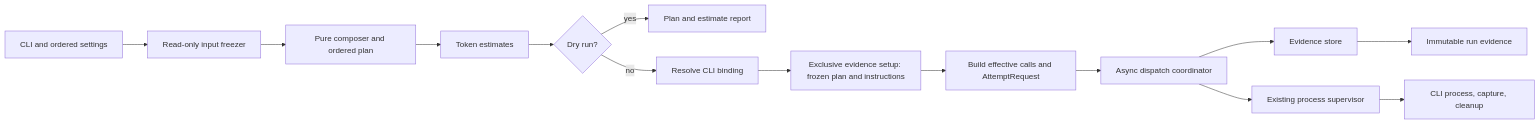
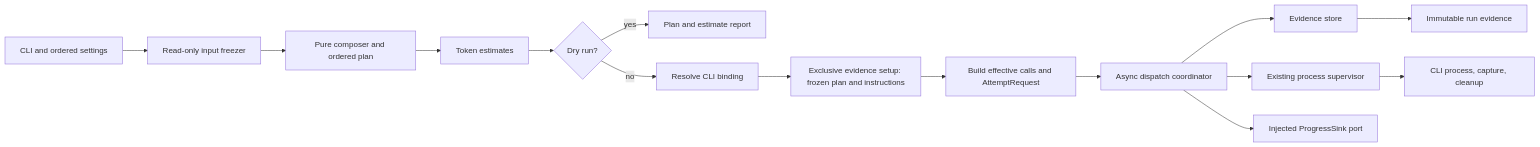
The first of 2 diagrams in doc/feat/reviewer/engineering/evaluation/evaluation-harness/architecture.md (msitarz/ataraxia), drawn with Mermaid before and after one commit. The commit also changed other lines of this file and 12 other files, not shown here.

````diff
--- a/doc/feat/reviewer/engineering/evaluation/evaluation-harness/architecture.md
+++ b/doc/feat/reviewer/engineering/evaluation/evaluation-harness/architecture.md
@@ -568,16 +666,17 @@
 ```mermaid
 flowchart LR
     CLI[CLI and ordered settings] --> PREP[Read-only input freezer]
     PREP --> PLAN[Pure composer and ordered plan]
     PLAN --> EST[Token estimates]
     EST --> DRY{Dry run?}
     DRY -->|yes| REPORT[Plan and estimate report]
     DRY -->|no| BIND[Resolve CLI binding]
     BIND --> INIT[Exclusive evidence setup: frozen plan and instructions]
     INIT --> REQUEST[Build effective calls and AttemptRequest]
     REQUEST --> COORD[Async dispatch coordinator]
     COORD --> STORE[Evidence store]
     COORD --> SUP[Existing process supervisor]
+    COORD --> PROGRESS[Injected ProgressSink port]
     SUP --> OS[CLI process, capture, cleanup]
     STORE --> RUN[Immutable run evidence]
 ```
````
